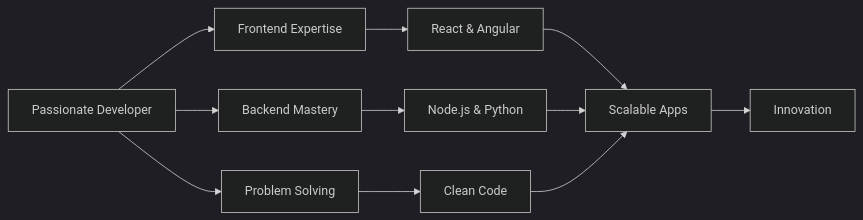
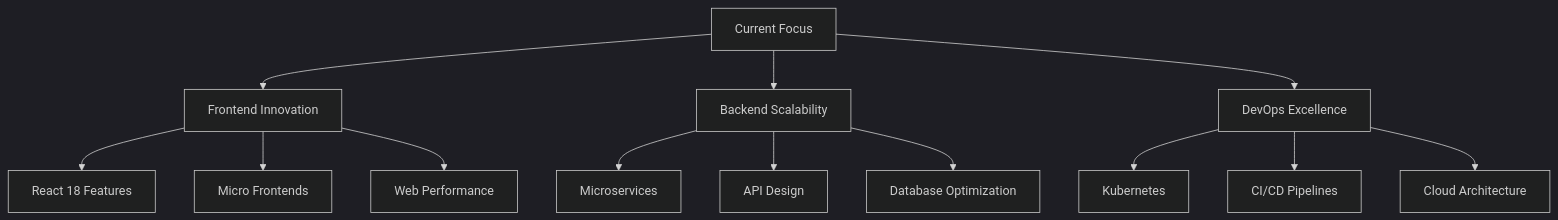
Before and after one commit to Ayesh2929/Ayesh2929: the first of 2 diagrams in README.md, drawn with Mermaid (dark theme). The commit also changed other lines of this file, not shown here.

````diff
--- a/README.md
+++ b/README.md
@@ -49,13 +140,18 @@
-  ```mermaid
-  graph LR
-    A[Passionate Developer] --> B[Frontend Expertise]
-    A --> C[Backend Mastery]
-    A --> D[Problem Solving]
-    B --> E[React & Angular]
-    C --> F[Node.js & Python]
-    D --> G[Clean Code]
-    E --> H[Scalable Apps]
-    F --> H
-    G --> H
-    H --> I[Innovation]
-  ```
+```mermaid
+graph TD
+    A[Current Focus] --> B[Frontend Innovation]
+    A --> C[Backend Scalability]
+    A --> D[DevOps Excellence]
+    
+    B --> B1[React 18 Features]
+    B --> B2[Micro Frontends]
+    B --> B3[Web Performance]
+    
+    C --> C1[Microservices]
+    C --> C2[API Design]
+    C --> C3[Database Optimization]
+    
+    D --> D1[Kubernetes]
+    D --> D2[CI/CD Pipelines]
+    D --> D3[Cloud Architecture]
+```
````
